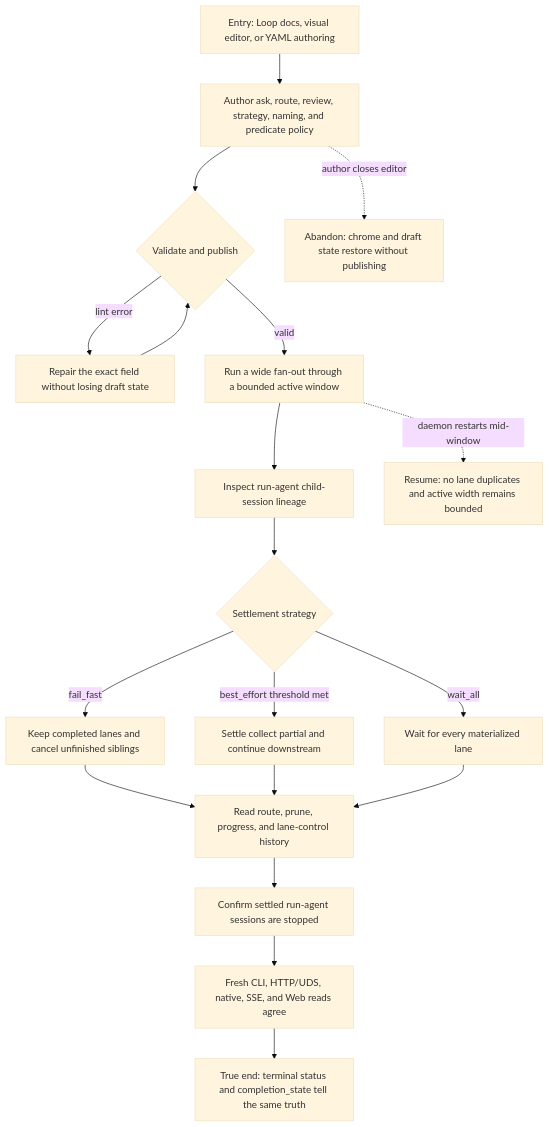
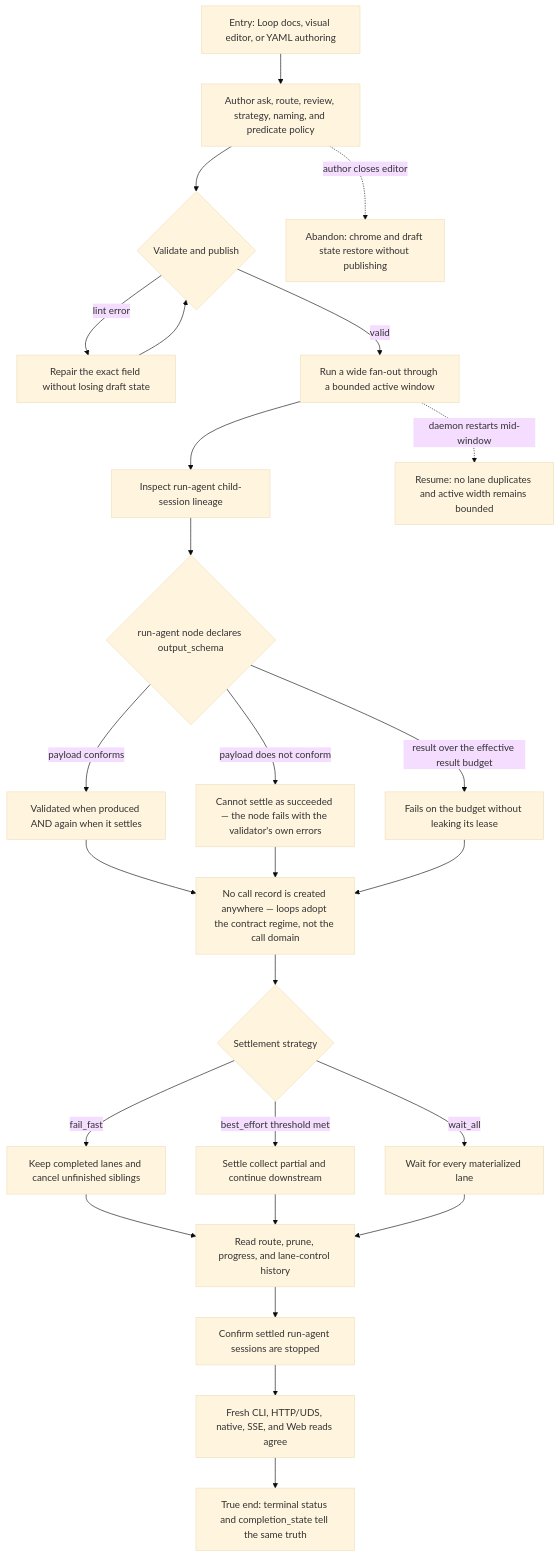
One commit to compozy/compozy changed the diagram in docs/qa/journeys/J-complete-partial-loop.md. Above: the diagram before and after it, drawn with Mermaid (base theme). The commit also changed other lines of this file and 314 other files, not shown here.

````diff
--- a/docs/qa/journeys/J-complete-partial-loop.md
+++ b/docs/qa/journeys/J-complete-partial-loop.md
@@ -3,21 +15,28 @@
 ```mermaid
 flowchart TD
     A[Entry: Loop docs, visual editor, or YAML authoring] --> B[Author ask, route, review, strategy, naming, and predicate policy]
     B --> C{Validate and publish}
     C -->|lint error| D[Repair the exact field without losing draft state]
     D --> C
     C -->|valid| E[Run a wide fan-out through a bounded active window]
     E --> E1[Inspect run-agent child-session lineage]
-    E1 --> F{Settlement strategy}
+    E1 --> SCH{run-agent node declares output_schema}
+    SCH -->|payload conforms| SOK[Validated when produced AND again when it settles]
+    SCH -->|payload does not conform| SBAD[Cannot settle as succeeded — the node fails with the validator's own errors]
+    SCH -->|result over the effective result budget| SBIG[Fails on the budget without leaking its lease]
+    SOK --> NOCALL[No call record is created anywhere — loops adopt the contract regime, not the call domain]
+    SBAD --> NOCALL
+    SBIG --> NOCALL
+    NOCALL --> F{Settlement strategy}
     F -->|fail_fast| G[Keep completed lanes and cancel unfinished siblings]
     F -->|best_effort threshold met| H[Settle collect partial and continue downstream]
     F -->|wait_all| I[Wait for every materialized lane]
     G --> J[Read route, prune, progress, and lane-control history]
     H --> J
     I --> J
     J --> J1[Confirm settled run-agent sessions are stopped]
     J1 --> K[Fresh CLI, HTTP/UDS, native, SSE, and Web reads agree]
     K --> L[True end: terminal status and completion_state tell the same truth]
     B -.->|author closes editor| X1[Abandon: chrome and draft state restore without publishing]
     E -.->|daemon restarts mid-window| X2[Resume: no lane duplicates and active width remains bounded]
 ```
````
